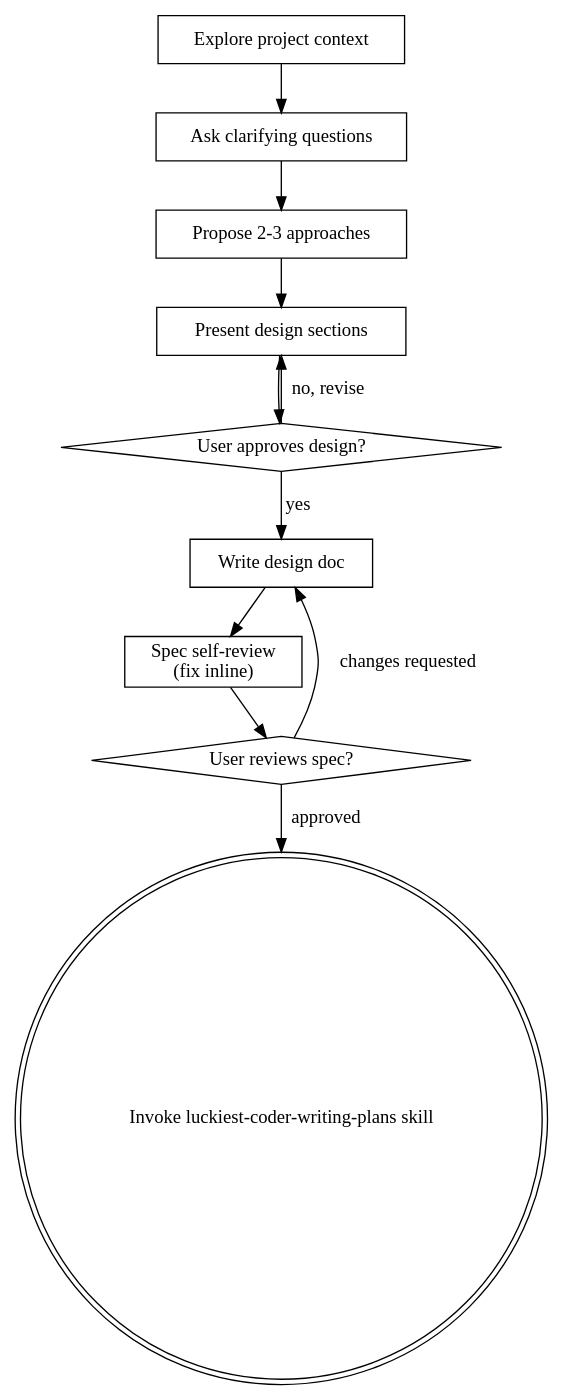
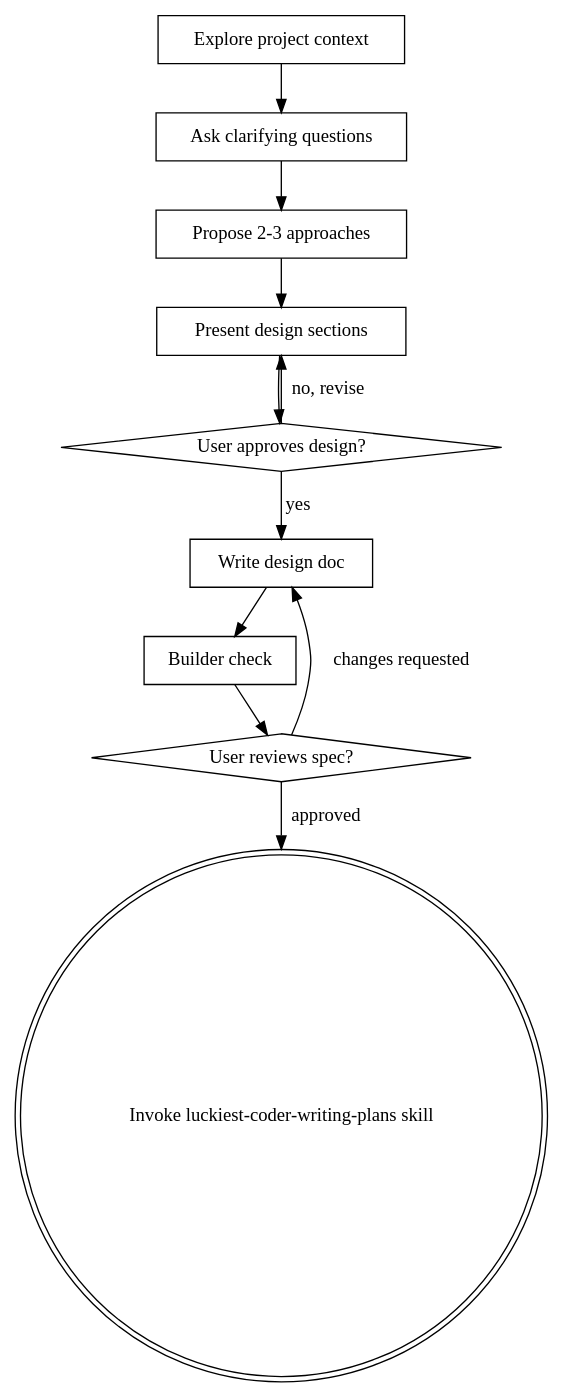
Before and after one commit to luckiestco/luckiest-plugin: the diagram in skills/coder-brainstorming/SKILL.md, drawn with Graphviz. The commit also changed other lines of this file and 264 other files, not shown here.

````diff
--- a/skills/coder-brainstorming/SKILL.md
+++ b/skills/coder-brainstorming/SKILL.md
@@ -43,24 +68,24 @@
 ```dot
 digraph brainstorming {
     "Explore project context" [shape=box];
     "Ask clarifying questions" [shape=box];
     "Propose 2-3 approaches" [shape=box];
     "Present design sections" [shape=box];
     "User approves design?" [shape=diamond];
     "Write design doc" [shape=box];
-    "Spec self-review\n(fix inline)" [shape=box];
+    "Builder check" [shape=box];
     "User reviews spec?" [shape=diamond];
     "Invoke luckiest-coder-writing-plans skill" [shape=doublecircle];
 
     "Explore project context" -> "Ask clarifying questions";
     "Ask clarifying questions" -> "Propose 2-3 approaches";
     "Propose 2-3 approaches" -> "Present design sections";
     "Present design sections" -> "User approves design?";
     "User approves design?" -> "Present design sections" [label="no, revise"];
     "User approves design?" -> "Write design doc" [label="yes"];
-    "Write design doc" -> "Spec self-review\n(fix inline)";
-    "Spec self-review\n(fix inline)" -> "User reviews spec?";
+    "Write design doc" -> "Builder check";
+    "Builder check" -> "User reviews spec?";
     "User reviews spec?" -> "Write design doc" [label="changes requested"];
     "User reviews spec?" -> "Invoke luckiest-coder-writing-plans skill" [label="approved"];
 }
 ```
````
